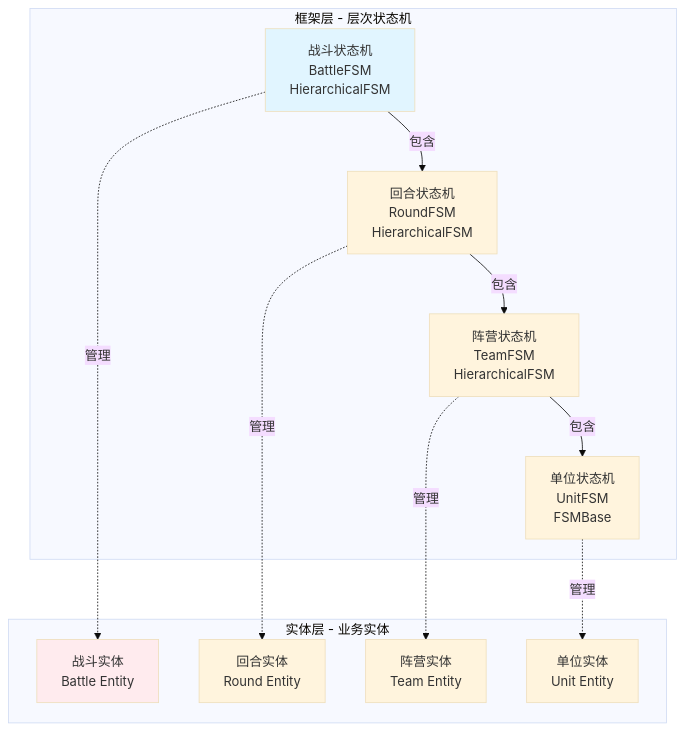
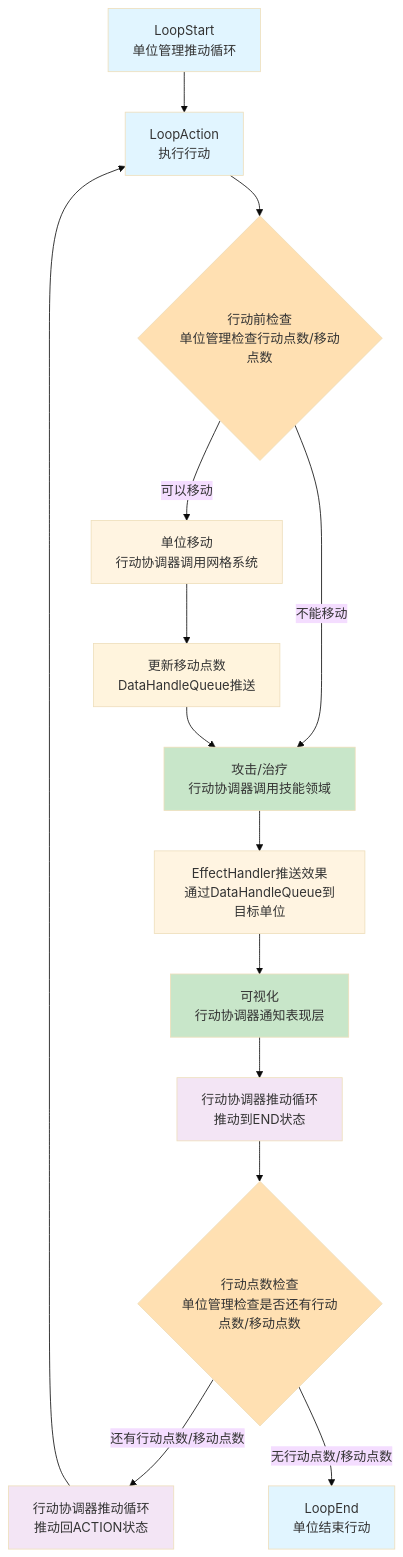
One commit to Toma882/ReadNote changed the ninth of 11 diagrams in 模块架构设计/战斗架构设计.mdc. Above: the diagram before and after it, drawn with Mermaid (base theme). The commit also changed other lines of this file and 2 other files, not shown here.

````diff
--- a/模块架构设计/战斗架构设计.mdc
+++ b/模块架构设计/战斗架构设计.mdc
@@ -166,28 +589,36 @@
 ```mermaid
-graph TB
-    subgraph "框架层 - 层次状态机"
-        BattleFSM[战斗状态机<br/>BattleFSM<br/>HierarchicalFSM]
-        RoundFSM[回合状态机<br/>RoundFSM<br/>HierarchicalFSM]
-        TeamFSM[阵营状态机<br/>TeamFSM<br/>HierarchicalFSM]
-        UnitFSM[单位状态机<br/>UnitFSM<br/>FSMBase]
-        
-        BattleFSM -->|包含| RoundFSM
-        RoundFSM -->|包含| TeamFSM
-        TeamFSM -->|包含| UnitFSM
-    end
+flowchart TD
+    LoopStart[LoopStart<br/>单位管理推动循环] --> LoopAction[LoopAction<br/>执行行动]
     
-    subgraph "实体层 - 业务实体"
-        BattleEntity[战斗实体<br/>Battle Entity]
-        RoundEntity[回合实体<br/>Round Entity]
-        TeamEntity[阵营实体<br/>Team Entity]
-        UnitEntity[单位实体<br/>Unit Entity]
-    end
+    LoopAction --> CheckAction{行动前检查<br/>单位管理检查行动点数/移动点数}
     
-    BattleFSM -.管理.-> BattleEntity
-    RoundFSM -.管理.-> RoundEntity
-    TeamFSM -.管理.-> TeamEntity
-    UnitFSM -.管理.-> UnitEntity
+    CheckAction -->|可以移动| Move[单位移动<br/>行动协调器调用网格系统]
+    CheckAction -->|不能移动| Skill
     
-    style BattleFSM fill:#e1f5ff
-    style BattleEntity fill:#ffebee
+    Move --> UpdateMove[更新移动点数<br/>DataHandleQueue推送]
+    UpdateMove --> Skill[攻击/治疗<br/>行动协调器调用技能领域]
+    
+    Skill --> EffectPush[EffectHandler推送效果<br/>通过DataHandleQueue到目标单位]
+    EffectPush --> Visual[可视化<br/>行动协调器通知表现层]
+    
+    Visual --> PushEnd[行动协调器推动循环<br/>推动到END状态]
+    
+    PushEnd --> CheckActionPoint{行动点数检查<br/>单位管理检查是否还有行动点数/移动点数}
+    
+    CheckActionPoint -->|还有行动点数/移动点数| PushAction[行动协调器推动循环<br/>推动回ACTION状态]
+    CheckActionPoint -->|无行动点数/移动点数| LoopEnd[LoopEnd<br/>单位结束行动]
+    
+    PushAction --> LoopAction
+    
+    style LoopStart fill:#e1f5ff
+    style LoopAction fill:#e1f5ff
+    style Move fill:#fff4e1
+    style Skill fill:#c8e6c9
+    style EffectPush fill:#fff4e1
+    style Visual fill:#c8e6c9
+    style PushEnd fill:#f3e5f5
+    style PushAction fill:#f3e5f5
+    style LoopEnd fill:#e1f5ff
+    style CheckAction fill:#ffe0b2
+    style CheckActionPoint fill:#ffe0b2
 ```
````
